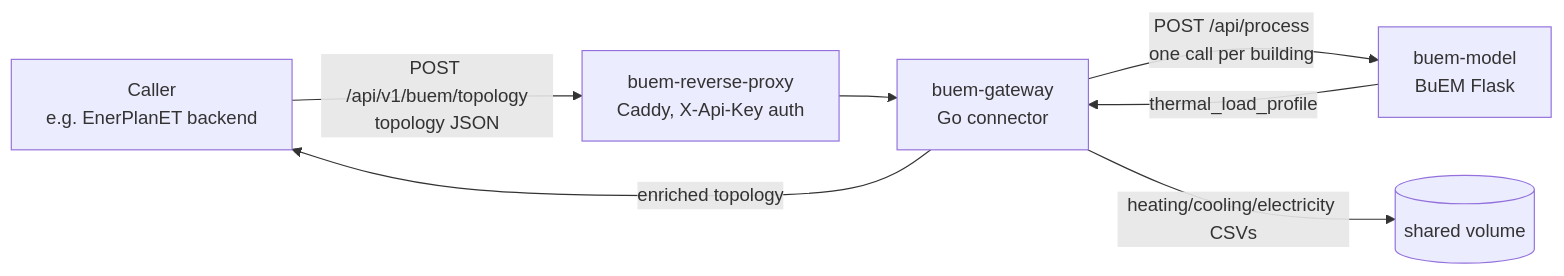
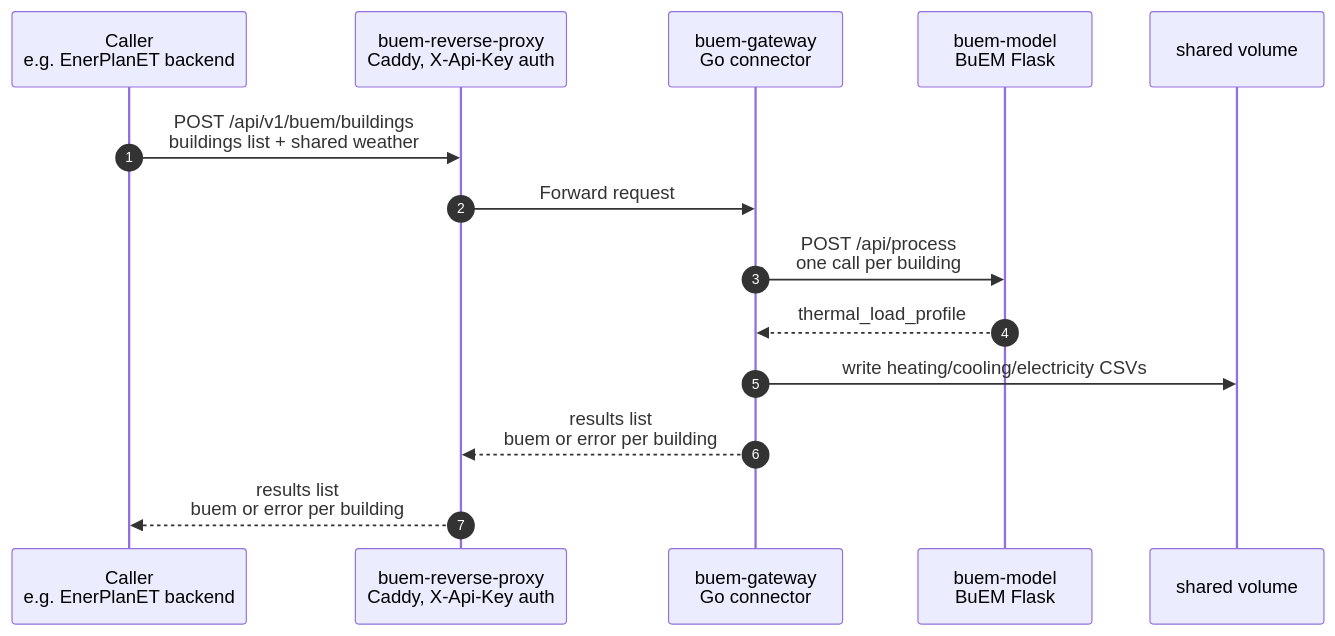
The diagram in docs/index.md (enerplanet/buem-gateway), drawn with Mermaid before and after one commit. The commit also changed other lines of this file and 13 other files, not shown here.

First line of the commit message:
feat(api)!: replace /buem/topology with /buem/buildings (#39)

````diff
--- a/docs/index.md
+++ b/docs/index.md
@@ -14,9 +16,17 @@
 ```mermaid
-graph LR
-    CALLER[Caller<br>e.g. EnerPlanET backend] -->|POST /api/v1/buem/topology<br>topology JSON| PROXY[buem-reverse-proxy<br>Caddy, X-Api-Key auth]
-    PROXY --> APP[buem-gateway<br>Go connector]
-    APP -->|POST /api/process<br>one call per building| MODEL[buem-model<br>BuEM Flask]
-    MODEL -->|thermal_load_profile| APP
-    APP -->|enriched topology| CALLER
-    APP -->|heating/cooling/electricity CSVs| VOL[(shared volume)]
+sequenceDiagram
+    autonumber
+    participant Caller as Caller<br/>e.g. EnerPlanET backend
+    participant Proxy as buem-reverse-proxy<br/>Caddy, X-Api-Key auth
+    participant App as buem-gateway<br/>Go connector
+    participant Model as buem-model<br/>BuEM Flask
+    participant Vol as shared volume
+
+    Caller->>Proxy: POST /api/v1/buem/buildings<br/>buildings list + shared weather
+    Proxy->>App: Forward request
+    App->>Model: POST /api/process<br/>one call per building
+    Model-->>App: thermal_load_profile
+    App->>Vol: write heating/cooling/electricity CSVs
+    App-->>Proxy: results list<br/>buem or error per building
+    Proxy-->>Caller: results list<br/>buem or error per building
 ```
````
